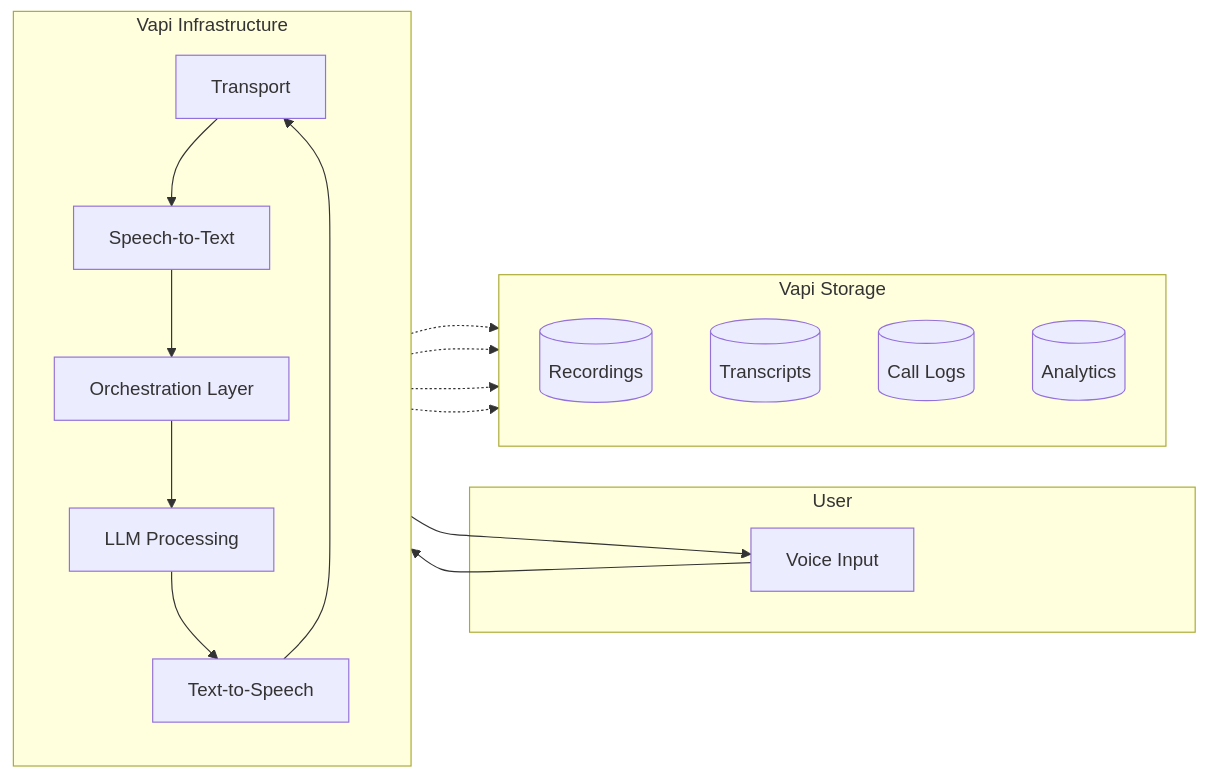
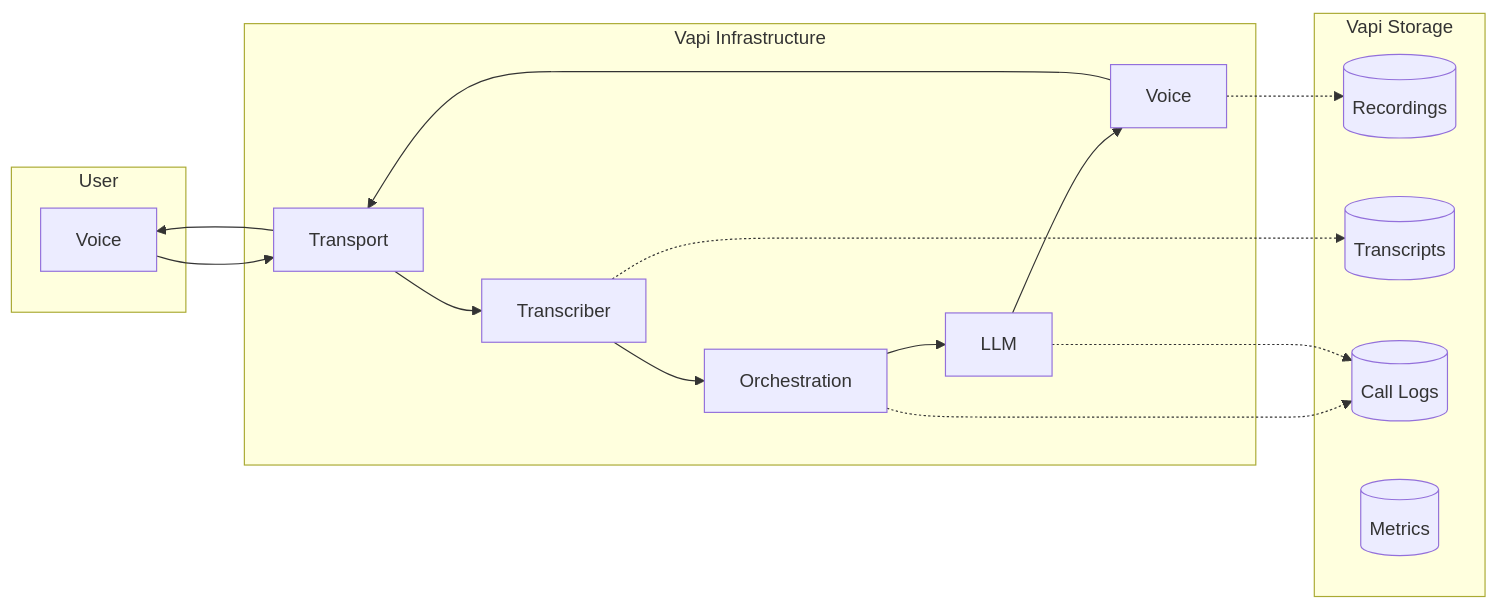
The second of 4 diagrams in fern/security-and-privacy/data-flow.mdx (VapiAI/docs), drawn with Mermaid before and after one commit. The commit also changed other lines of this file, not shown here.

First line of the commit message:
docs: apply feedback to data flow documentation

````diff
--- a/fern/security-and-privacy/data-flow.mdx
+++ b/fern/security-and-privacy/data-flow.mdx
@@ -184,25 +177,27 @@
 ```mermaid
 flowchart LR
     subgraph User["User"]
-        A[Voice Input]
+        A[Voice]
     end
     
     subgraph Vapi["Vapi Infrastructure"]
-        direction TB
         T[Transport]
-        B[Speech-to-Text]
-        C[Orchestration Layer]
-        D[LLM Processing]
-        E[Text-to-Speech]
+        STT[Transcriber]
+        O[Orchestration]
+        LLM[LLM]
+        TTS[Voice]
     end
     
     subgraph Storage["Vapi Storage"]
-        F[(Recordings)]
-        G[(Transcripts)]
-        H[(Call Logs)]
-        I[(Analytics)]
+        R[(Recordings)]
+        TR[(Transcripts)]
+        L[(Call Logs)]
+        M[(Metrics)]
     end
     
-    A --> T --> B --> C --> D --> E --> T --> A
-    B & C & D & E -.-> Storage
+    A --> T --> STT --> O --> LLM --> TTS --> T --> A
+    STT -.-> TR
+    O -.-> L
+    LLM -.-> L
+    TTS -.-> R
 ```
````
